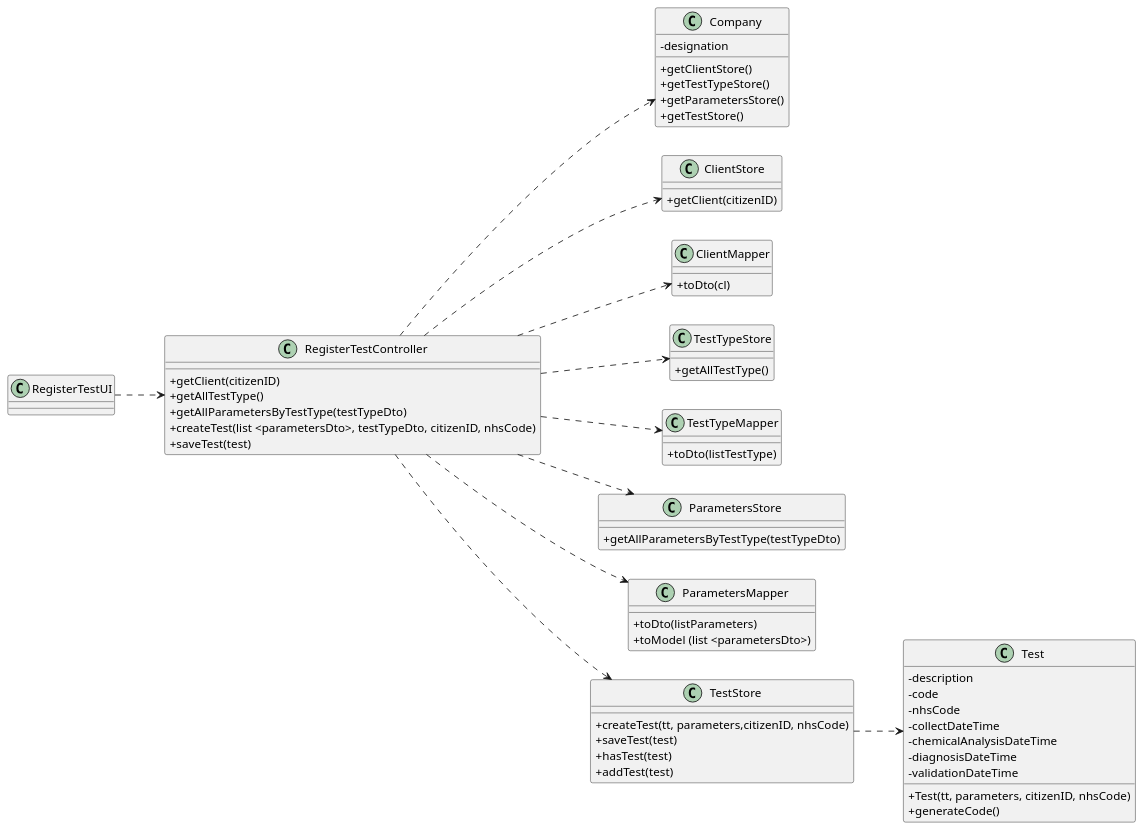
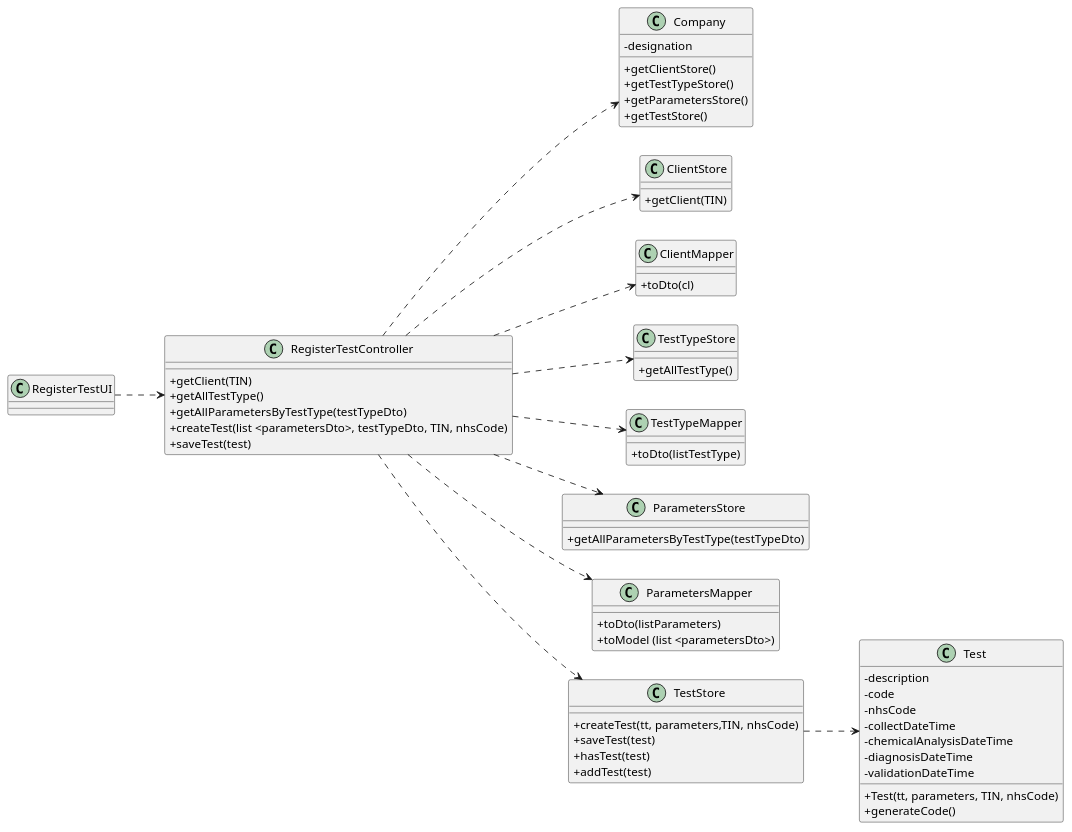
Before and after one commit to 0franciscor/lei-21-s2-1de-g19: the diagram in docs/SprintC/US04/US04-CD.puml, drawn with PlantUML. The commit also changed 3 other files, not shown here.

Commit message:
[US04] - Alteração do citizen card number pelo TIN mediante clarificações do cliente

```diff
--- a/docs/SprintC/US04/US04-CD.puml
+++ b/docs/SprintC/US04/US04-CD.puml
@@ -1,81 +1,81 @@
 @startuml
 'https://plantuml.com/class-diagram
 
 skinparam classAttributeIconSize 0
 left to right direction
 
 class "RegisterTestUI" as RTUI
 
 class "RegisterTestController" as RTC {
-+getClient(citizenID)
++getClient(TIN)
 +getAllTestType()
 +getAllParametersByTestType(testTypeDto)
-+createTest(list <parametersDto>, testTypeDto, citizenID, nhsCode)
++createTest(list <parametersDto>, testTypeDto, TIN, nhsCode)
 +saveTest(test)
 }
 
 class "Company" as C {
 -designation
 +getClientStore()
 +getTestTypeStore()
 +getParametersStore()
 +getTestStore()
 }
 
 class "ClientStore" as CS {
-+getClient(citizenID)
++getClient(TIN)
 }
 
 class "ClientMapper" as CM {
 +toDto(cl)
 }
 
 class "TestTypeStore" as TTS {
 +getAllTestType()
 }
 
 class "TestTypeMapper" as TTM {
 +toDto(listTestType)
 }
 
 class "ParametersStore" as PS {
 +getAllParametersByTestType(testTypeDto)
 }
 
 class "ParametersMapper" as PM {
 +toDto(listParameters)
 +toModel (list <parametersDto>)
 }
 
 class "TestStore" as TS {
-+createTest(tt, parameters,citizenID, nhsCode)
++createTest(tt, parameters,TIN, nhsCode)
 +saveTest(test)
 +hasTest(test)
 +addTest(test)
 }
 
 class "Test" as T {
 -description
 -code
 -nhsCode
 -collectDateTime
 -chemicalAnalysisDateTime
 -diagnosisDateTime
 -validationDateTime
-+Test(tt, parameters, citizenID, nhsCode)
++Test(tt, parameters, TIN, nhsCode)
 +generateCode()
 }
 
 RTUI ..> RTC
 RTC ..> CS
 RTC ..> CM
 RTC ..> C
 RTC ..> TTS
 RTC ..> TTM
 RTC ..> PS
 RTC ..> PM
 RTC ..> TS
 TS ..> T
 
 
 @enduml
```
